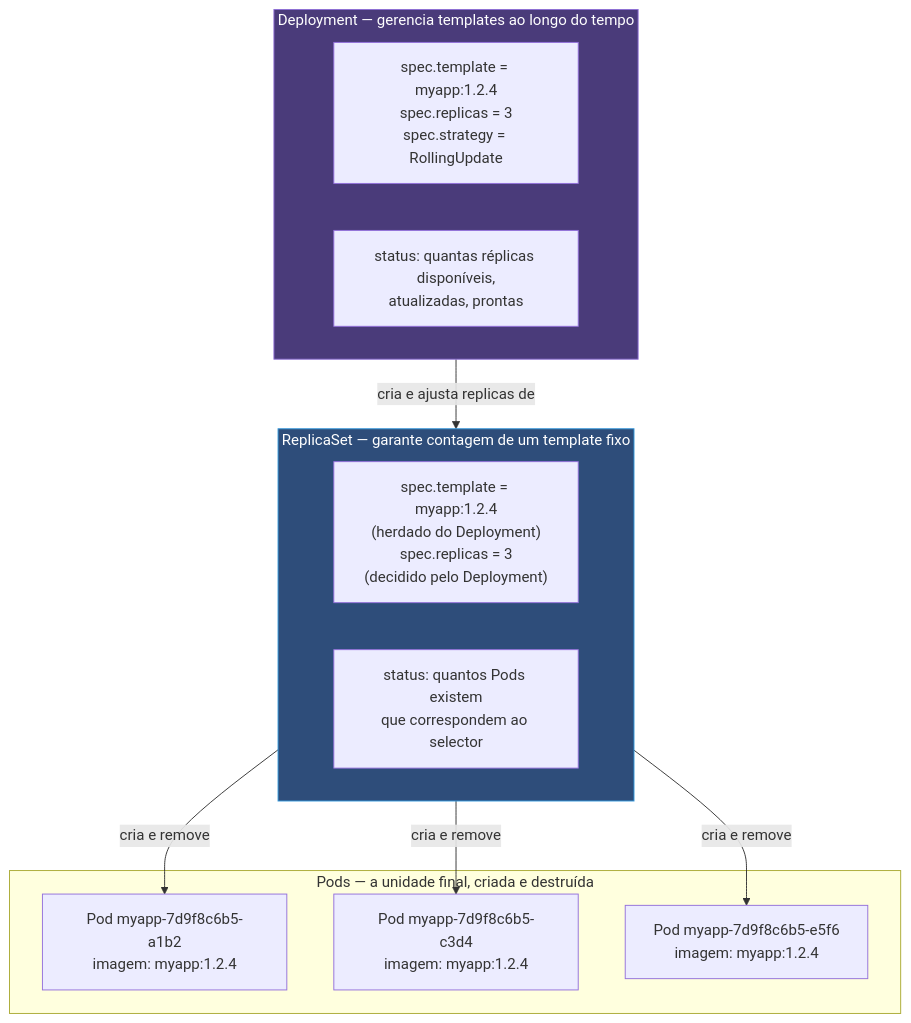
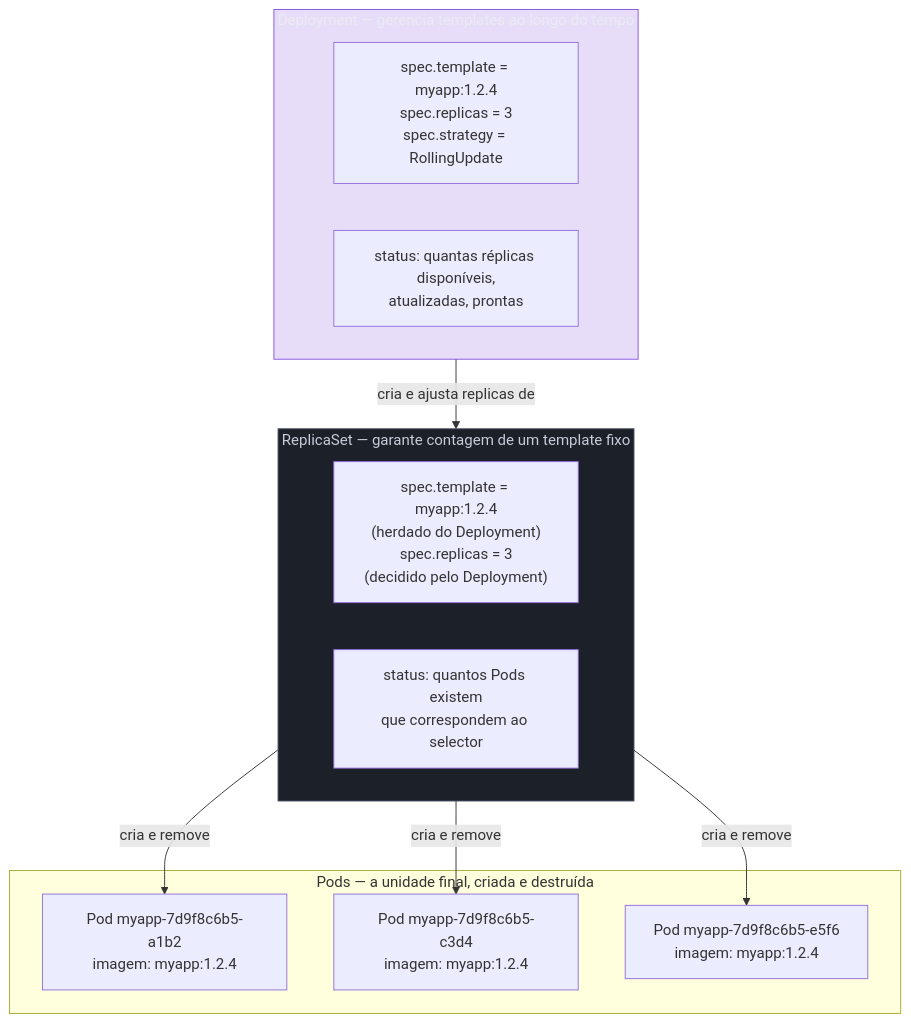
Before and after one commit to josenaldo/codex-technomanticus: the first of 3 diagrams in 03-Dominios/Tecnologia/Infraestrutura/Kubernetes/04 - Deployment e ReplicaSet.md, drawn with Mermaid. The commit also changed other lines of this file and 1181 other files, not shown here.

First line of the commit message:
fix(diagramas): paleta do sistema no lugar de cor cravada no markdown

````diff
--- a/03-Dominios/Tecnologia/Infraestrutura/Kubernetes/04 - Deployment e ReplicaSet.md
+++ b/03-Dominios/Tecnologia/Infraestrutura/Kubernetes/04 - Deployment e ReplicaSet.md
@@ -41,26 +41,28 @@
 ```mermaid
 graph TB
+    classDef marca fill:#8855DF33,stroke:#8855DF,color:#E9ECF2
+    classDef neutro fill:#1B2029,stroke:#4E5666,color:#C6CCD8
     subgraph DEP["Deployment — gerencia templates ao longo do tempo"]
         DSPEC["spec.template = myapp:1.2.4<br/>spec.replicas = 3<br/>spec.strategy = RollingUpdate"]
         DSTATUS["status: quantas réplicas disponíveis,<br/>atualizadas, prontas"]
     end
 
     subgraph RS["ReplicaSet — garante contagem de um template fixo"]
         RSPEC["spec.template = myapp:1.2.4<br/>(herdado do Deployment)<br/>spec.replicas = 3<br/>(decidido pelo Deployment)"]
         RSTATUS["status: quantos Pods existem<br/>que correspondem ao selector"]
     end
 
     subgraph PODS["Pods — a unidade final, criada e destruída"]
         P1["Pod myapp-7d9f8c6b5-a1b2<br/>imagem: myapp:1.2.4"]
         P2["Pod myapp-7d9f8c6b5-c3d4<br/>imagem: myapp:1.2.4"]
         P3["Pod myapp-7d9f8c6b5-e5f6<br/>imagem: myapp:1.2.4"]
     end
 
     DEP -->|"cria e ajusta replicas de"| RS
     RS -->|"cria e remove"| P1
     RS -->|"cria e remove"| P2
     RS -->|"cria e remove"| P3
 
-    style DEP fill:#4a3b7a,stroke:#8e6fd6,color:#fff
-    style RS fill:#2e4d7a,stroke:#3498db,color:#fff
+    class DEP marca
+    class RS neutro
 ```
````
